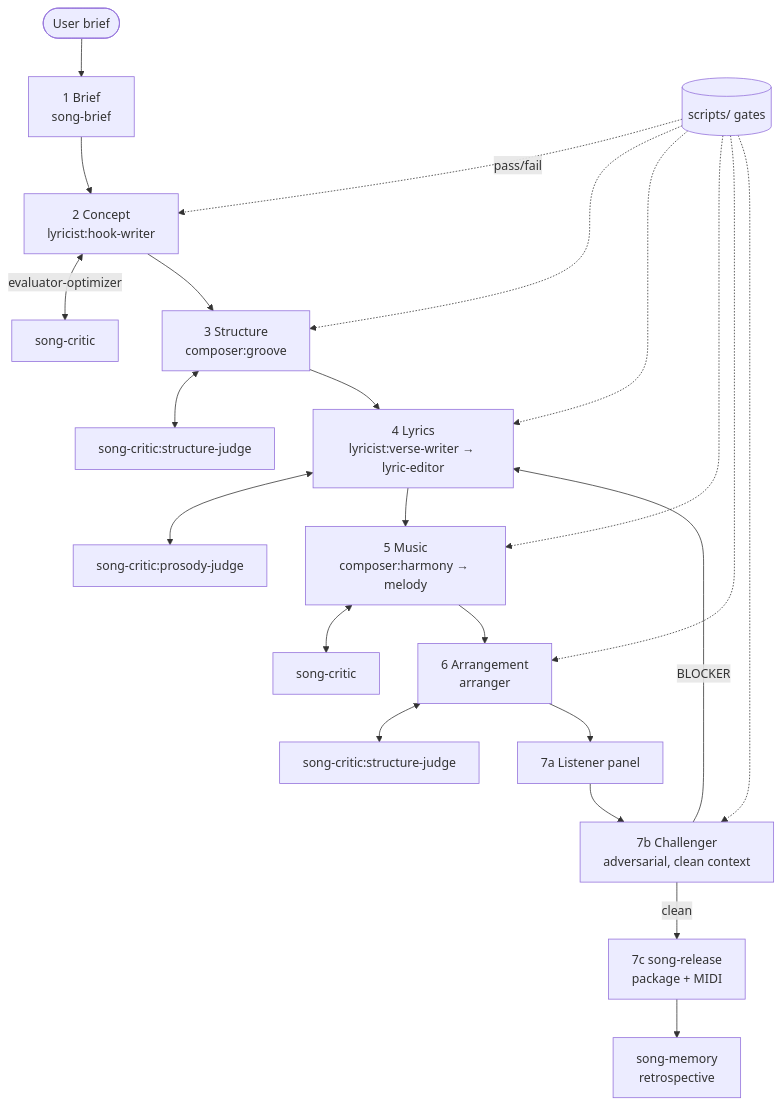
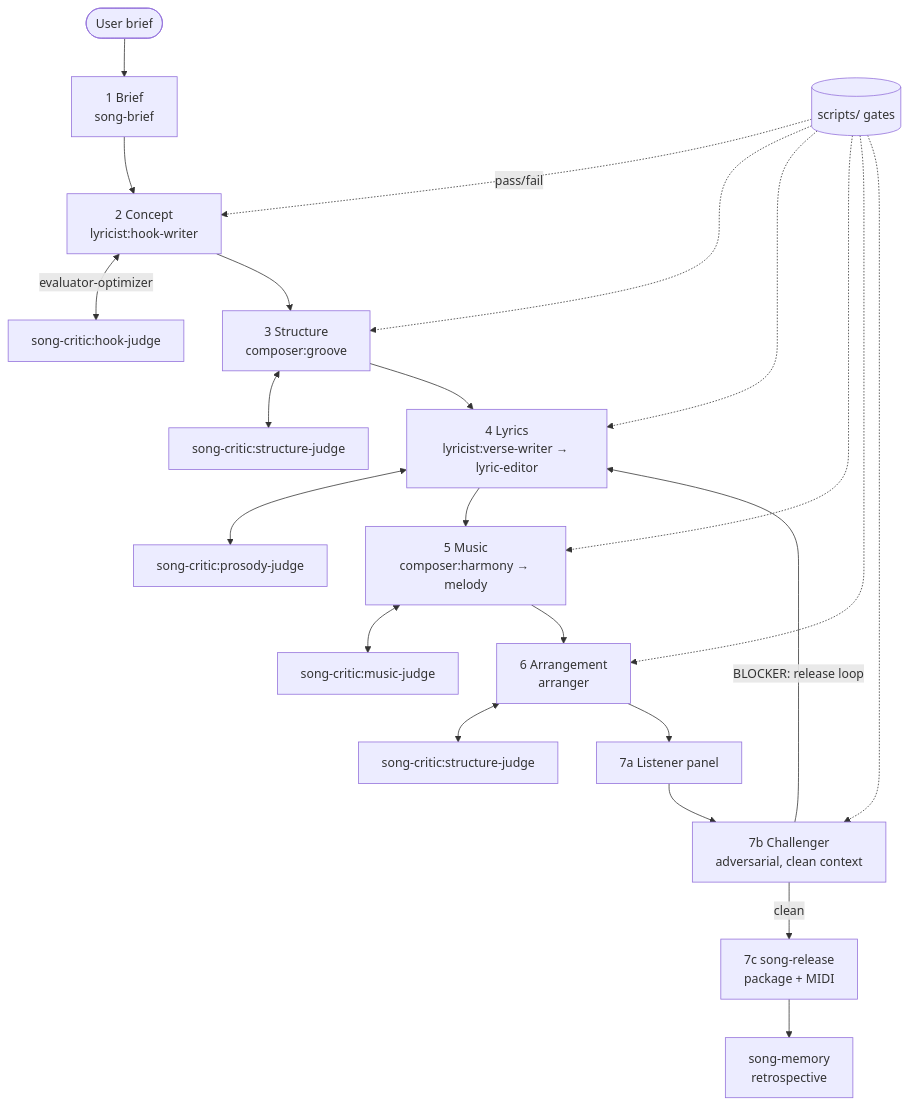
The second of 2 diagrams in docs/plans/song-team-plan.md (P47Phoenix/Claude-Plugins), drawn with Mermaid before and after one commit. The commit also changed other lines of this file and 1 other file, not shown here.

First line of the commit message:
docs(plans): song-team plan revision 2 after delivery-team review

````diff
--- a/docs/plans/song-team-plan.md
+++ b/docs/plans/song-team-plan.md
@@ -228,25 +272,25 @@
 ```mermaid
 flowchart TD
     U([User brief]) --> S1[1 Brief<br/>song-brief]
     S1 --> S2[2 Concept<br/>lyricist:hook-writer]
-    S2 <-->|evaluator-optimizer| C2[song-critic]
+    S2 <-->|evaluator-optimizer| C2[song-critic:hook-judge]
     S2 --> S3[3 Structure<br/>composer:groove]
     S3 <--> C3[song-critic:structure-judge]
     S3 --> S4[4 Lyrics<br/>lyricist:verse-writer → lyric-editor]
     S4 <--> C4[song-critic:prosody-judge]
     S4 --> S5[5 Music<br/>composer:harmony → melody]
-    S5 <--> C5[song-critic]
+    S5 <--> C5[song-critic:music-judge]
     S5 --> S6[6 Arrangement<br/>arranger]
     S6 <--> C6[song-critic:structure-judge]
     S6 --> S7a[7a Listener panel]
     S7a --> S7b[7b Challenger<br/>adversarial, clean context]
-    S7b -->|BLOCKER| S4
+    S7b -->|BLOCKER: release loop| S4
     S7b -->|clean| S7c[7c song-release<br/>package + MIDI]
     S7c --> M[song-memory<br/>retrospective]
     G[(scripts/ gates)] -.->|pass/fail| S2
     G -.-> S3
     G -.-> S4
     G -.-> S5
     G -.-> S6
     G -.-> S7b
 ```
````
